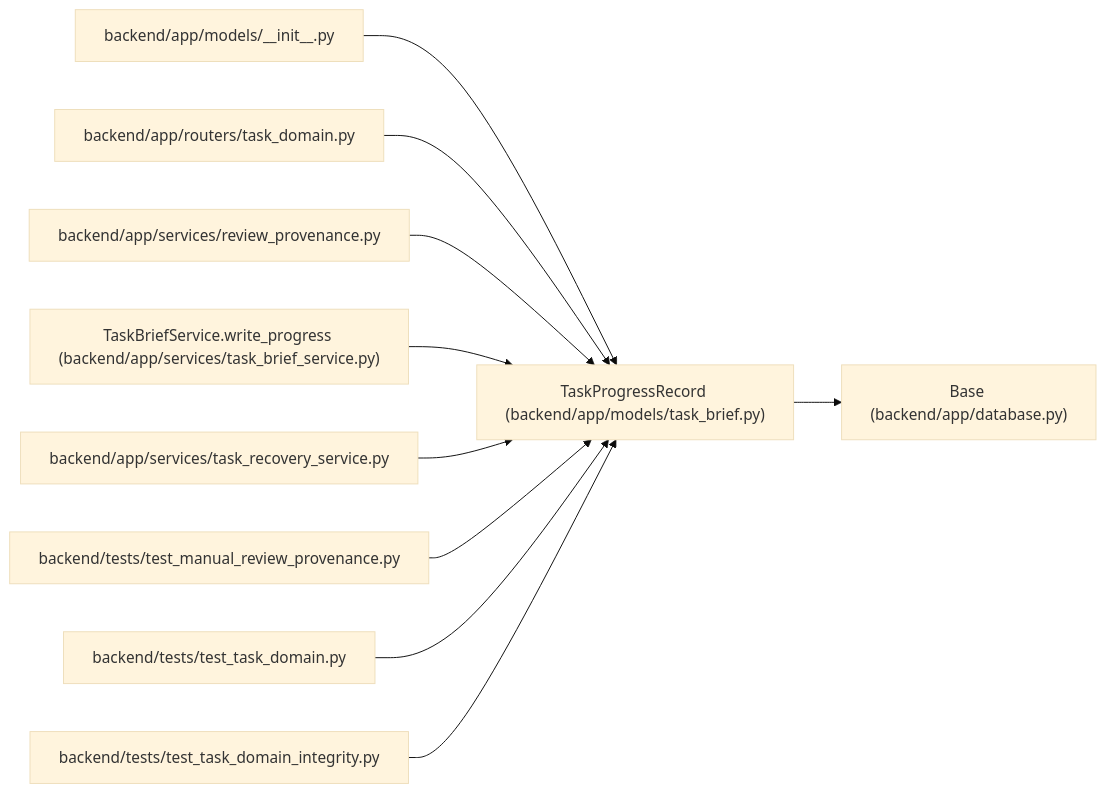
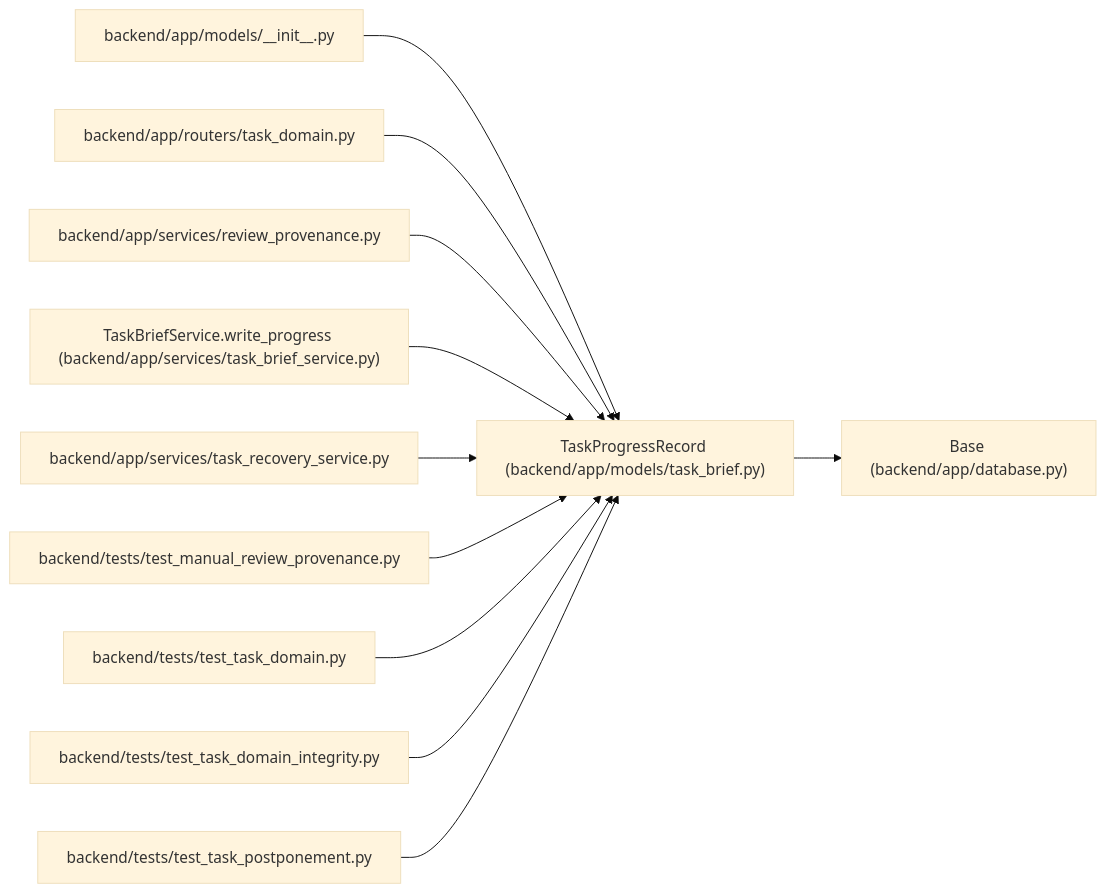
Before and after one commit to Denissvgn/WorkChord: the diagram in docs/llm_wiki/entities/TaskProgressRecord.md, drawn with Mermaid (base theme). The commit also changed other lines of this file and 732 other files, not shown here.

Commit message:
Sync the architectural wiki for the postponed task status

````diff
--- a/docs/llm_wiki/entities/TaskProgressRecord.md
+++ b/docs/llm_wiki/entities/TaskProgressRecord.md
@@ -35,32 +35,35 @@
 ```mermaid
 flowchart LR
     n0["TaskProgressRecord (backend/app/models/task_brief.py)"]
     n1["Base (backend/app/database.py)"]
     n2["backend/app/models/__init__.py"]
     n3["backend/app/routers/task_domain.py"]
     n4["backend/app/services/review_provenance.py"]
     n5["TaskBriefService.write_progress (backend/app/services/task_brief_service.py)"]
     n6["backend/app/services/task_recovery_service.py"]
     n7["backend/tests/test_manual_review_provenance.py"]
     n8["backend/tests/test_task_domain.py"]
     n9["backend/tests/test_task_domain_integrity.py"]
+    n10["backend/tests/test_task_postponement.py"]
     n0 --> n1
     n2 --> n0
     n3 --> n0
     n4 --> n0
     n5 --> n0
     n6 --> n0
     n7 --> n0
     n8 --> n0
     n9 --> n0
+    n10 --> n0
     click n0 "../modules/models_task_brief.md"
     click n1 "../modules/app_database.md"
     click n2 "../modules/models___init__.md"
     click n3 "../modules/routers_task_domain.md"
     click n4 "../modules/review_provenance.md"
     click n5 "../modules/task_brief_service.md"
     click n6 "../modules/task_recovery_service.md"
     click n7 "../modules/test_manual_review_provenance.md"
     click n8 "../modules/test_task_domain.md"
     click n9 "../modules/test_task_domain_integrity.md"
+    click n10 "../modules/test_task_postponement.md"
 ```
````
